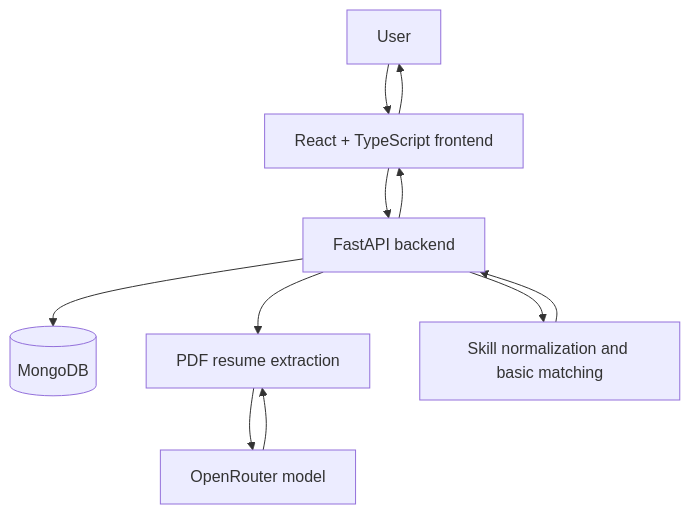
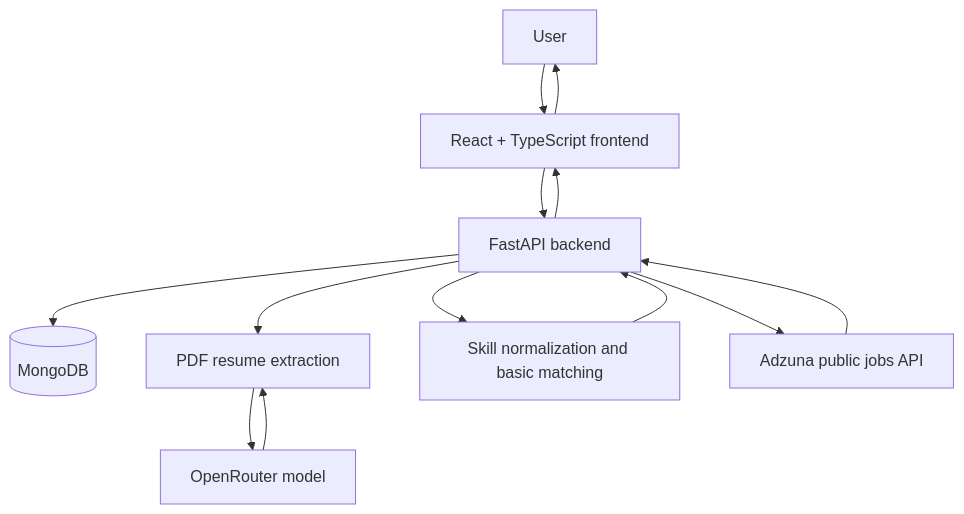
Before and after one commit to musahibpasha/careerpilot-ai: the diagram in README.md, drawn with Mermaid. The commit also changed other lines of this file and 11 other files, not shown here.

````diff
--- a/README.md
+++ b/README.md
@@ -99,13 +101,15 @@
 ```mermaid
 flowchart TD
     U[User] --> FE[React + TypeScript frontend]
     FE --> API[FastAPI backend]
     API --> DB[(MongoDB)]
     API --> RES[PDF resume extraction]
     RES --> AI[OpenRouter model]
     AI --> RES
     API --> MATCH[Skill normalization and basic matching]
+    API --> ADZ[Adzuna public jobs API]
+    ADZ --> API
     MATCH --> API
     API --> FE
     FE --> U
 ```
````
